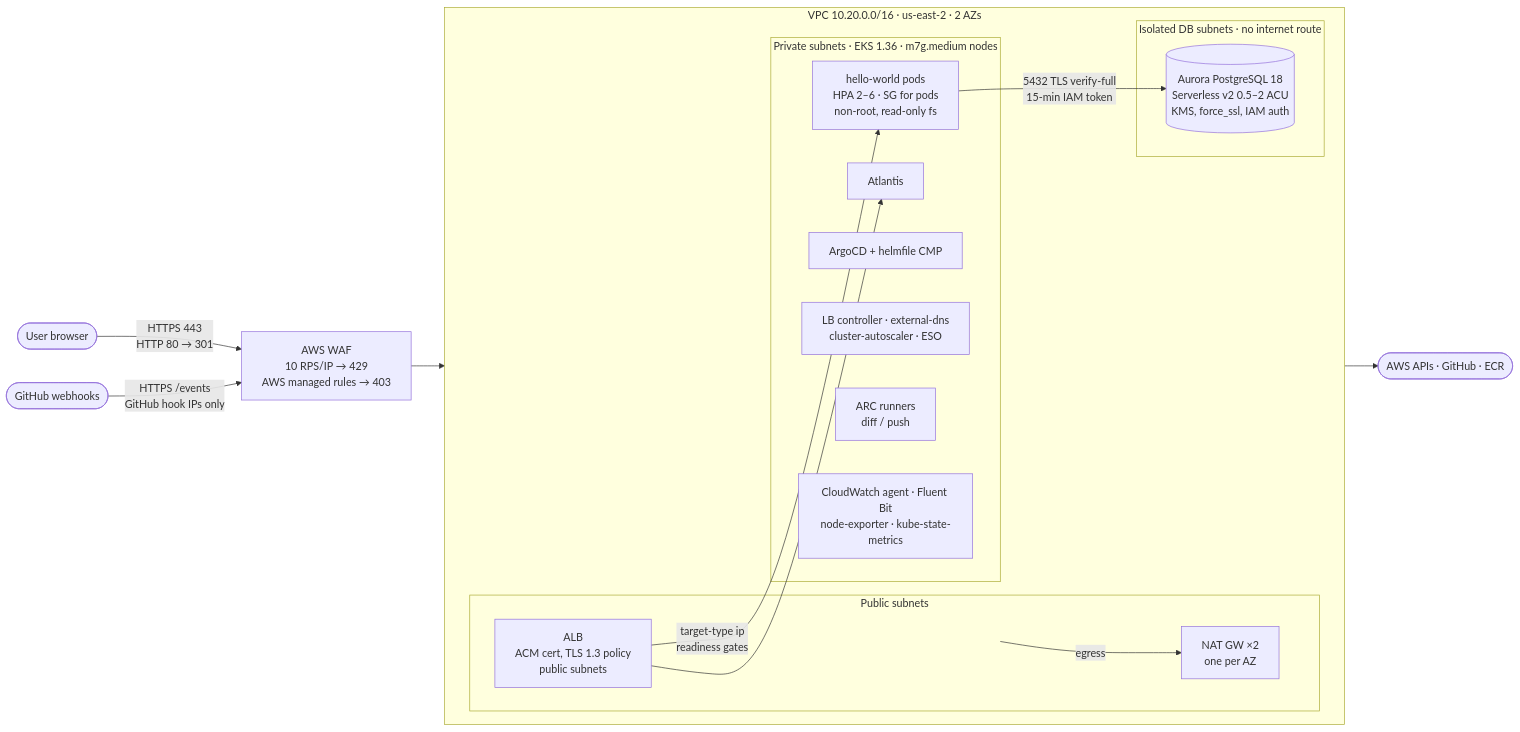
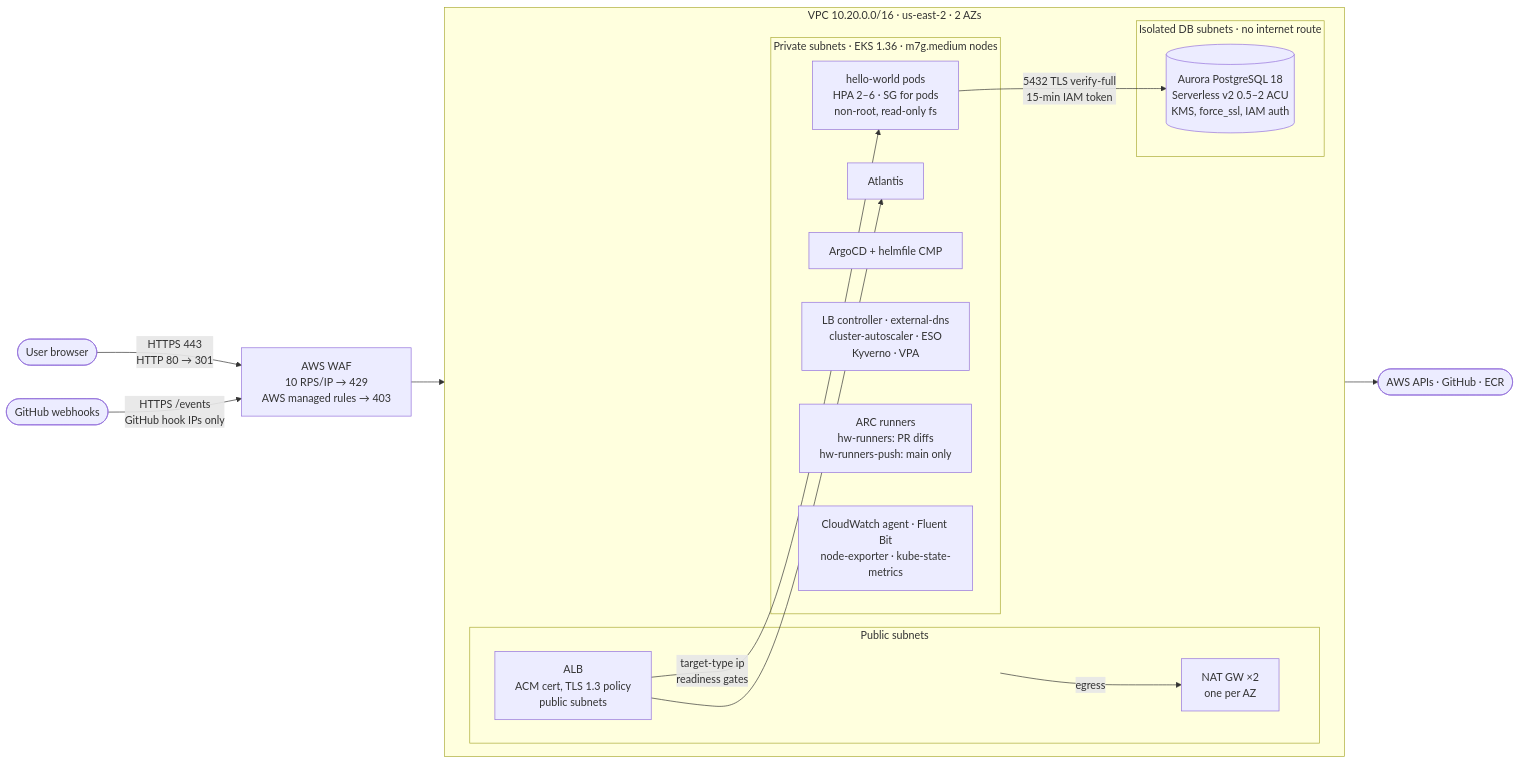
Before and after one commit to balusarakesh/hw-platform: the first of 4 diagrams in docs/architecture.md, drawn with Mermaid. The commit also changed other lines of this file and 5 other files, not shown here.

````diff
--- a/docs/architecture.md
+++ b/docs/architecture.md
@@ -5,30 +5,30 @@
 ```mermaid
 flowchart LR
   user([User browser]) -->|HTTPS 443<br/>HTTP 80 → 301| waf[AWS WAF<br/>10 RPS/IP → 429<br/>AWS managed rules → 403]
   gh([GitHub webhooks]) -->|HTTPS /events<br/>GitHub hook IPs only| waf
   waf --> alb[ALB<br/>ACM cert, TLS 1.3 policy<br/>public subnets]
 
   subgraph vpc[VPC 10.20.0.0/16 · us-east-2 · 2 AZs]
     direction LR
     subgraph pub[Public subnets]
       alb
       nat[NAT GW ×2<br/>one per AZ]
     end
     subgraph priv[Private subnets · EKS 1.36 · m7g.medium nodes]
       app[hello-world pods<br/>HPA 2–6 · SG for pods<br/>non-root, read-only fs]
       atl[Atlantis]
       argo[ArgoCD + helmfile CMP]
-      ctrl[LB controller · external-dns<br/>cluster-autoscaler · ESO]
-      runners[ARC runners<br/>diff / push]
+      ctrl[LB controller · external-dns<br/>cluster-autoscaler · ESO<br/>Kyverno · VPA]
+      runners[ARC runners<br/>hw-runners: PR diffs<br/>hw-runners-push: main only]
       obs[CloudWatch agent · Fluent Bit<br/>node-exporter · kube-state-metrics]
     end
     subgraph db[Isolated DB subnets · no internet route]
       aurora[(Aurora PostgreSQL 18<br/>Serverless v2 0.5–2 ACU<br/>KMS, force_ssl, IAM auth)]
     end
   end
 
   alb -->|target-type ip<br/>readiness gates| app
   alb --> atl
   app -->|5432 TLS verify-full<br/>15-min IAM token| aurora
   priv -->|egress| nat --> internet([AWS APIs · GitHub · ECR])
 ```
````
